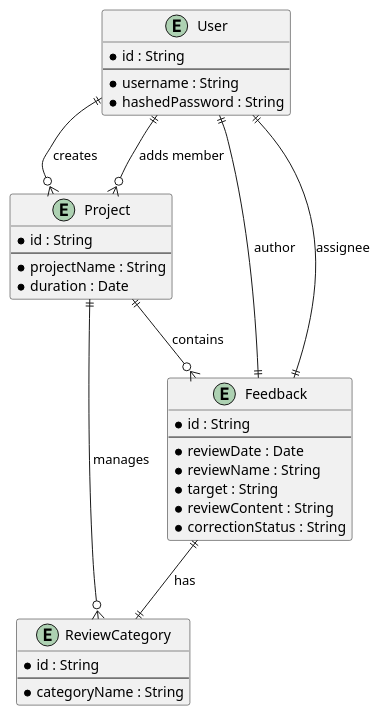
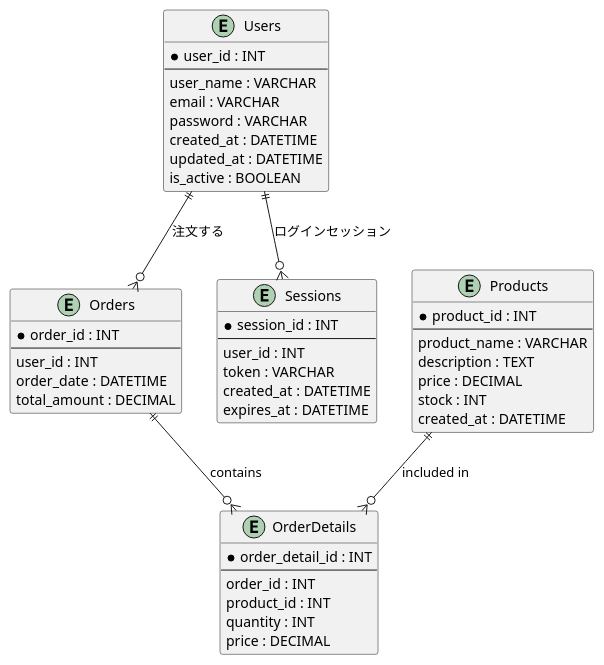
Before and after one commit to MASATO-IGA-2021/management-tool: the diagram in document/ER図.pu, drawn with PlantUML. The commit also changed 43 other files, not shown here.

```diff
--- a/document/ER図.pu
+++ b/document/ER図.pu
@@ -1,41 +1,55 @@
 @startuml
-
-entity "User" as user {
-  * id : String
+' Define entities
+entity "Users" as users {
+  *user_id : INT
   --
-  * username : String
-  * hashedPassword : String
+  user_name : VARCHAR
+  email : VARCHAR
+  password : VARCHAR
+  created_at : DATETIME
+  updated_at : DATETIME
+  is_active : BOOLEAN
 }
 
-entity "Project" as project {
-  * id : String
+entity "Products" as products {
+  *product_id : INT
   --
-  * projectName : String
-  * duration : Date
+  product_name : VARCHAR
+  description : TEXT
+  price : DECIMAL
+  stock : INT
+  created_at : DATETIME
 }
 
-entity "Feedback" as feedback {
-  * id : String
+entity "Orders" as orders {
+  *order_id : INT
   --
-  * reviewDate : Date
-  * reviewName : String
-  * target : String
-  * reviewContent : String
-  * correctionStatus : String
+  user_id : INT
+  order_date : DATETIME
+  total_amount : DECIMAL
 }
 
-entity "ReviewCategory" as reviewCategory {
-  * id : String
+entity "OrderDetails" as order_details {
+  *order_detail_id : INT
   --
-  * categoryName : String
+  order_id : INT
+  product_id : INT
+  quantity : INT
+  price : DECIMAL
 }
 
-user ||--o{ project : "creates"
-user ||--o{ project : "adds member"
-project ||--o{ feedback : "contains"
-project ||--o{ reviewCategory : "manages"
-feedback ||--|| reviewCategory : "has"
-feedback ||--|| user : "author"
-feedback ||--|| user : "assignee"
+entity "Sessions" as sessions {
+  *session_id : INT
+  --
+  user_id : INT
+  token : VARCHAR
+  created_at : DATETIME
+  expires_at : DATETIME
+}
 
+' Define relationships
+users ||--o{ orders : "注文する"
+orders ||--o{ order_details : "contains"
+products ||--o{ order_details : "included in"
+users ||--o{ sessions : "ログインセッション"
 @enduml
```
